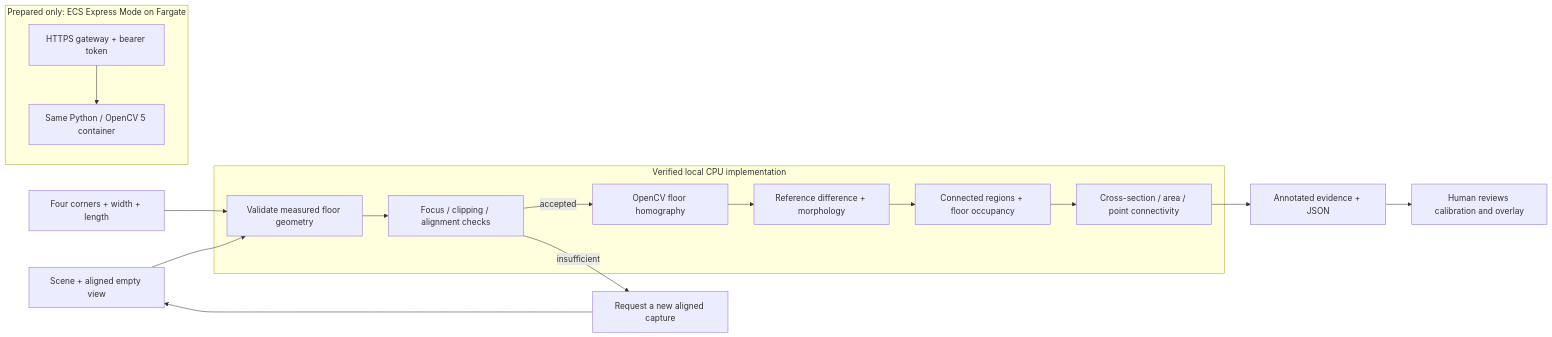
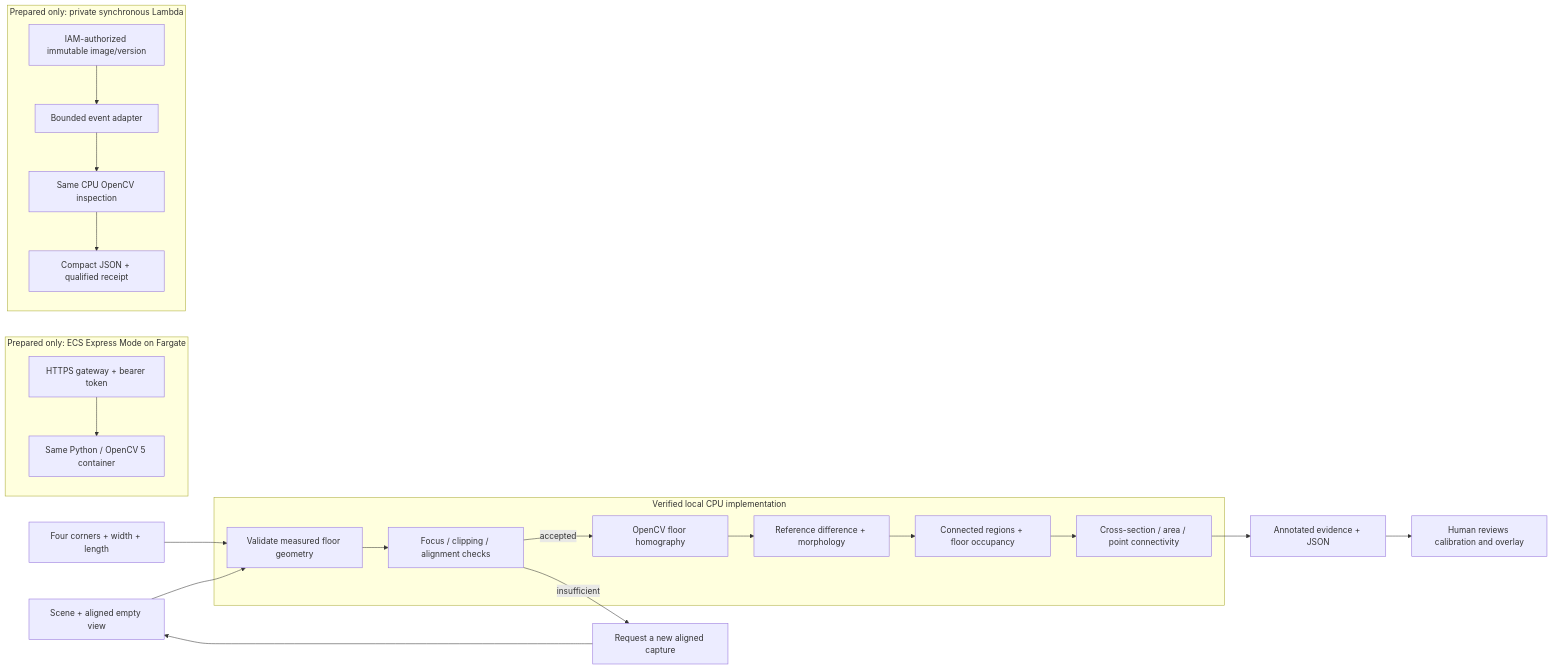
One commit to Vcode2407/opencv-clearpath changed the diagram in docs/ARCHITECTURE.md. Above: the diagram before and after it, drawn with Mermaid. The commit also changed other lines of this file and 17 other files, not shown here.

Commit message:
Prepare private Lambda inspection and verify local runtime

````diff
--- a/docs/ARCHITECTURE.md
+++ b/docs/ARCHITECTURE.md
@@ -3,27 +3,32 @@
 ```mermaid
 flowchart LR
   I[Scene + aligned empty view] --> G[Validate measured floor geometry]
   C[Four corners + width + length] --> G
   G --> Q[Focus / clipping / alignment checks]
   Q -->|insufficient| R[Request a new aligned capture]
   R --> I
   Q -->|accepted| H[OpenCV floor homography]
   H --> D[Reference difference + morphology]
   D --> O[Connected regions + floor occupancy]
   O --> M[Cross-section / area / point connectivity]
   M --> E[Annotated evidence + JSON]
   E --> U[Human reviews calibration and overlay]
   subgraph Local[Verified local CPU implementation]
     G
     Q
     H
     D
     O
     M
   end
   subgraph AWS[Prepared only: ECS Express Mode on Fargate]
     K[Same Python / OpenCV 5 container]
     S[HTTPS gateway + bearer token]
     S --> K
   end
+  subgraph Lambda[Prepared only: private synchronous Lambda]
+    P[IAM-authorized immutable image/version] --> A[Bounded event adapter]
+    A --> K2[Same CPU OpenCV inspection]
+    K2 --> J[Compact JSON + qualified receipt]
+  end
 ```
````
